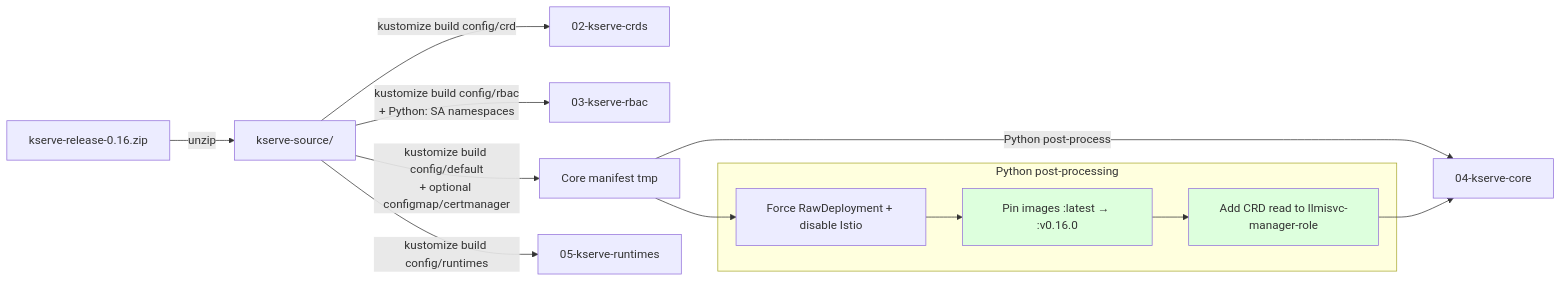
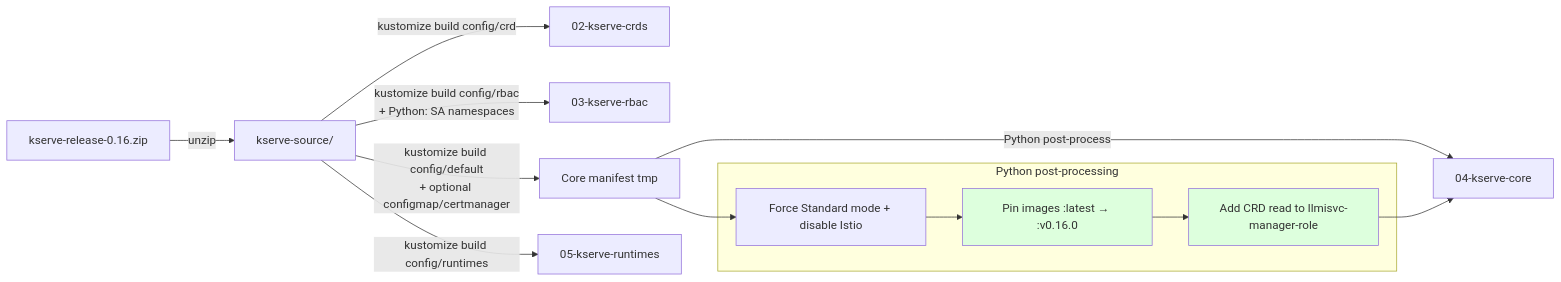
Before and after one commit to skyakash/kserve-op: the second of 3 diagrams in extra-docs/0.16-migration-journey.md, drawn with Mermaid. The commit also changed 9 other files, not shown here.

First line of the commit message:
docs: reflect ConfigMap default flip from RawDeployment to Standard

````diff
--- a/extra-docs/0.16-migration-journey.md
+++ b/extra-docs/0.16-migration-journey.md
@@ -209,20 +209,20 @@
 ```mermaid
 flowchart LR
     Z[kserve-release-0.16.zip] -->|unzip| S[kserve-source/]
     S -->|kustomize build config/crd| C1[02-kserve-crds]
     S -->|kustomize build config/rbac<br/>+ Python: SA namespaces| C2[03-kserve-rbac]
     S -->|kustomize build config/default<br/>+ optional configmap/certmanager| Core1[Core manifest tmp]
     Core1 -->|Python post-process| Core2[04-kserve-core]
     S -->|kustomize build config/runtimes| C5[05-kserve-runtimes]
 
     subgraph Python post-processing
-      P1[Force RawDeployment + disable Istio]
+      P1[Force Standard mode + disable Istio]
       P2[Pin images :latest → :v0.16.0]
       P3[Add CRD read to llmisvc-manager-role]
     end
 
     Core1 --> P1 --> P2 --> P3 --> Core2
 
     style P2 fill:#dfd
     style P3 fill:#dfd
 ```
````
